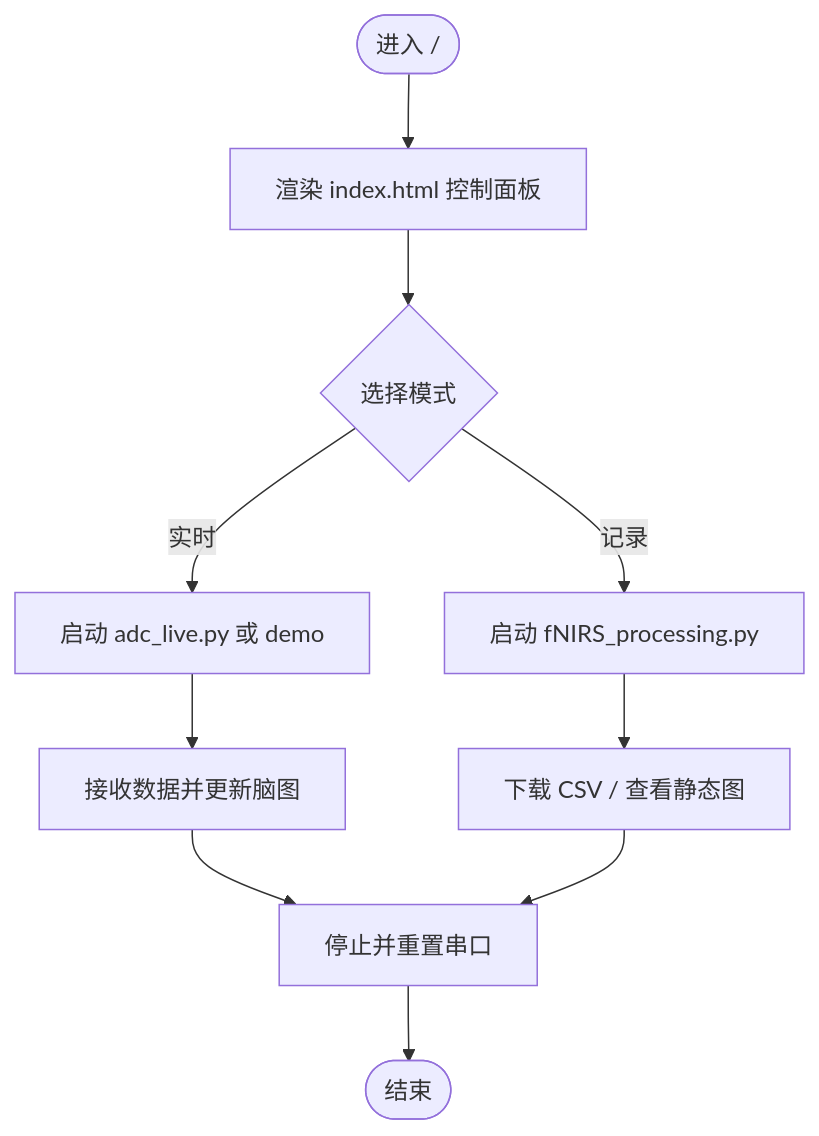
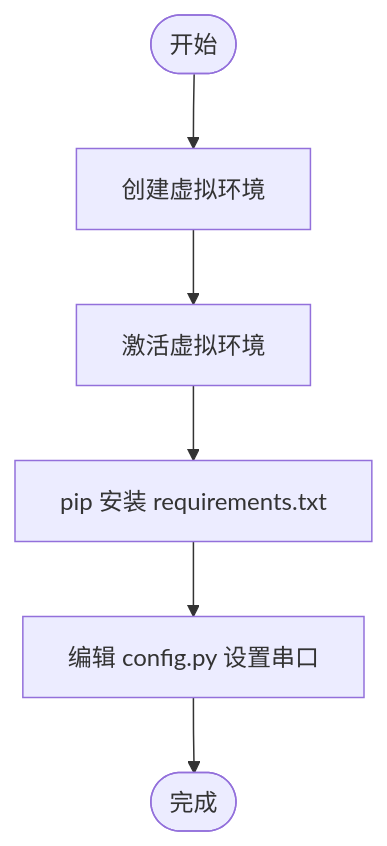
The third of 8 diagrams in .qoder/repowiki/zh/content/快速开始.md (zhushizi/fNIRS-main), drawn with Mermaid before and after one commit. The commit also changed other lines of this file and 84 other files, not shown here.

````diff
--- a/.qoder/repowiki/zh/content/快速开始.md
+++ b/.qoder/repowiki/zh/content/快速开始.md
@@ -135,12 +114,8 @@
 ```mermaid
 flowchart TD
-Start(["进入 /"]) --> Render["渲染 index.html 控制面板"]
-Render --> ModeSel{"选择模式"}
-ModeSel --> |实时| Live["启动 adc_live.py 或 demo"]
-ModeSel --> |记录| Record["启动 fNIRS_processing.py"]
-Live --> Update["接收数据并更新脑图"]
-Record --> Download["下载 CSV / 查看静态图"]
-Update --> Stop["停止并重置串口"]
-Download --> Stop
-Stop --> End(["结束"])
+Start(["开始"]) --> Venv["创建虚拟环境"]
+Venv --> Activate["激活虚拟环境"]
+Activate --> Install["pip 安装 requirements.txt"]
+Install --> Config["编辑 config.py 设置串口"]
+Config --> Done(["完成"])
 ```
````
